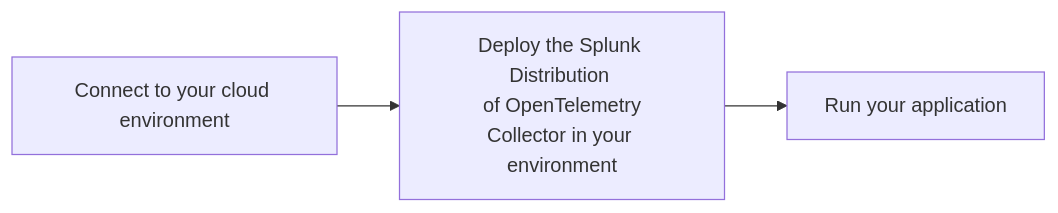
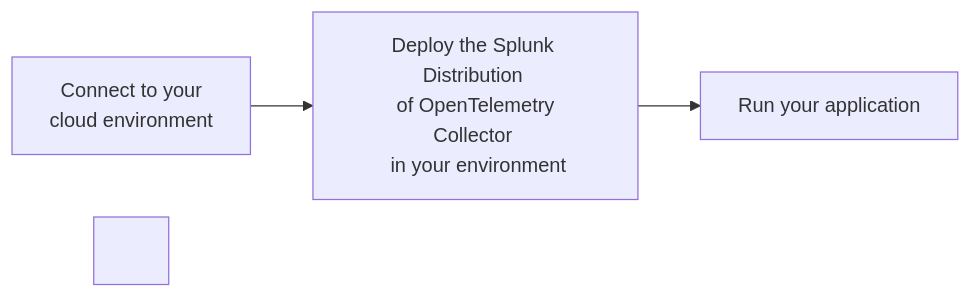
Before and after one commit to splunk/public-o11y-docs: the diagram in gdi/opentelemetry/discovery-mode.rst, drawn with Mermaid. The commit also changed other lines of this file, not shown here.

```diff
--- a/gdi/opentelemetry/discovery-mode.rst
+++ b/gdi/opentelemetry/discovery-mode.rst
@@ -23,14 +23,15 @@
 .. mermaid::
    
    flowchart LR
 
       accTitle: Automatic discovery and configuration process diagram
       accDescr: Step one. Connect to your cloud environment. Step two. Ensure the OpenTelemetry Collector is running. Step three. Run your application.
 
-      X["Connect to your cloud environment"]
+      X["Connect to your \n cloud environment"]
 
-      Y["Deploy the Splunk Distribution \n of OpenTelemetry Collector in your environment"]
+      Y["Deploy the Splunk Distribution \n of OpenTelemetry Collector \n in your environment"]
 
       Z["Run your application"]
       
       X --> Y --> Z
+      \n
```
